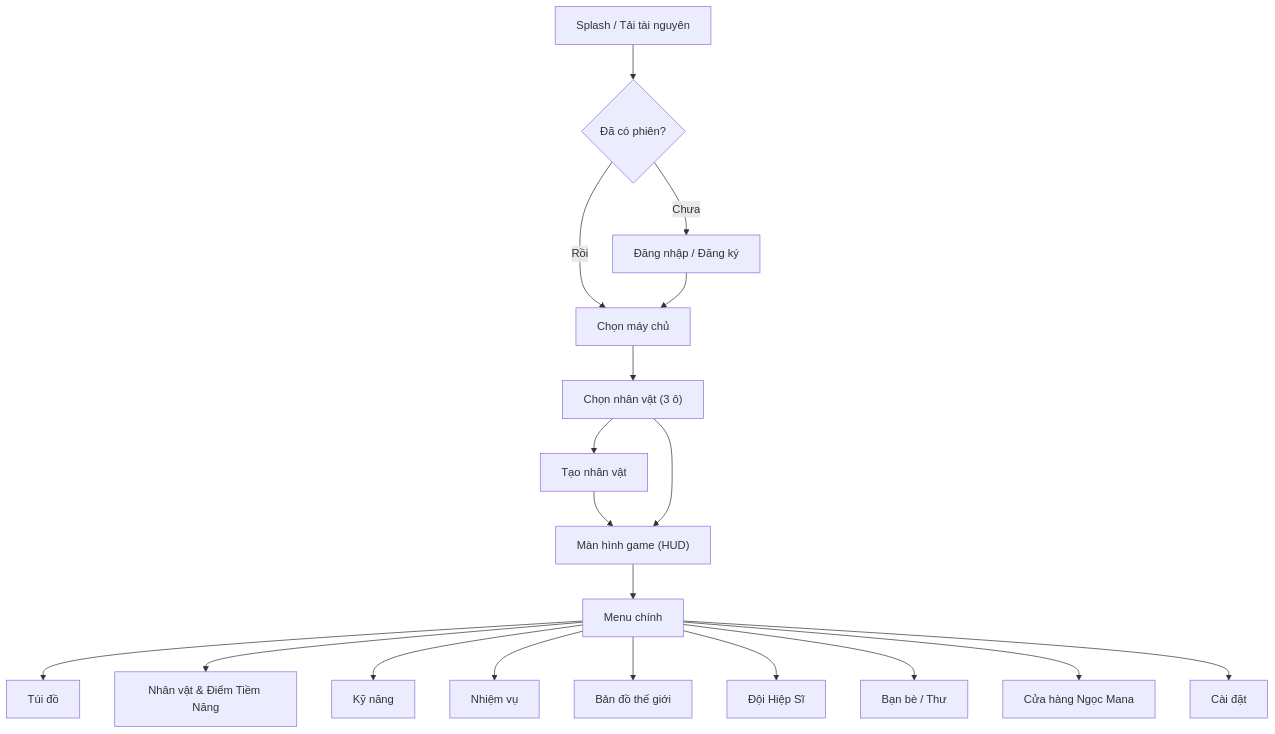
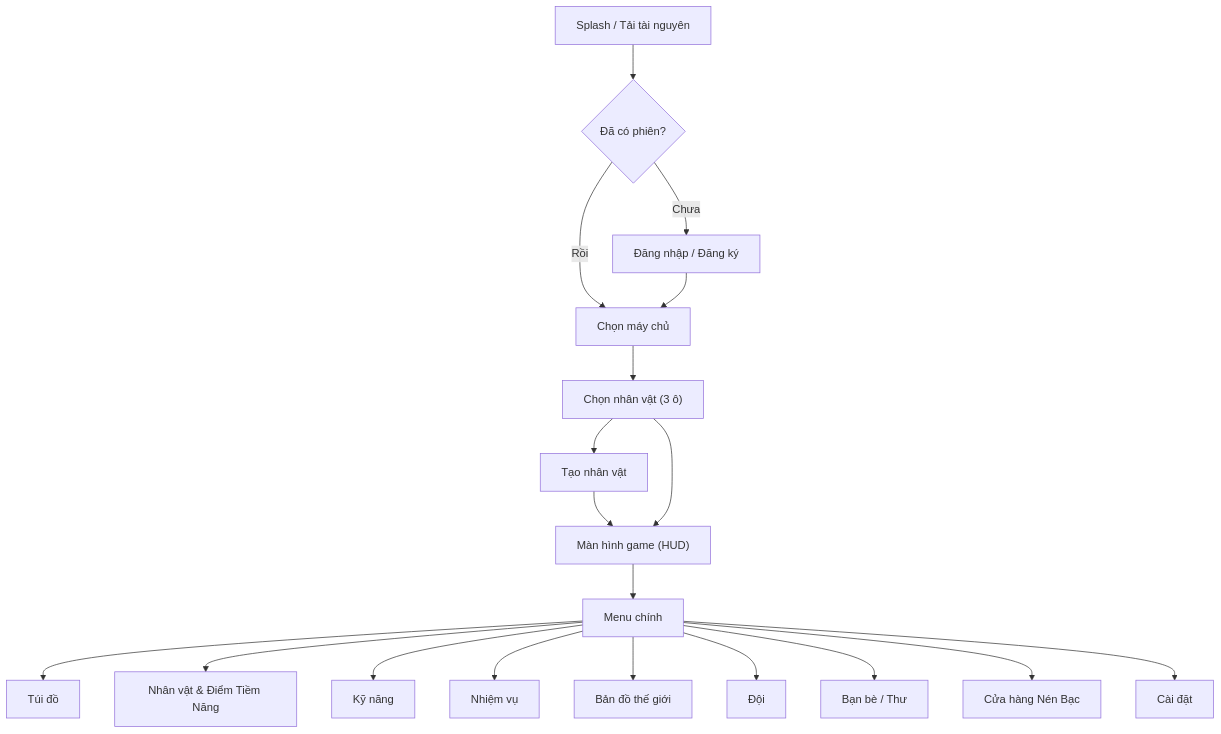
Before and after one commit to thehuygnouhk/game-2d: the diagram in docs/game-design/11-ui-ux-spec.md, drawn with Mermaid. The commit also changed other lines of this file and 35 other files, not shown here.

````diff
--- a/docs/game-design/11-ui-ux-spec.md
+++ b/docs/game-design/11-ui-ux-spec.md
@@ -15,21 +15,21 @@
 ```mermaid
 flowchart TD
     Splash["Splash / Tải tài nguyên"] --> Auth{"Đã có phiên?"}
     Auth -- "Chưa" --> Login["Đăng nhập / Đăng ký"]
     Auth -- "Rồi" --> Server["Chọn máy chủ"]
     Login --> Server
     Server --> CharSel["Chọn nhân vật (3 ô)"]
     CharSel --> CharNew["Tạo nhân vật"]
     CharNew --> Game
     CharSel --> Game["Màn hình game (HUD)"]
     Game --> Menu["Menu chính"]
     Menu --> Inv["Túi đồ"]
     Menu --> Char["Nhân vật & Điểm Tiềm Năng"]
     Menu --> Skill["Kỹ năng"]
     Menu --> Quest["Nhiệm vụ"]
     Menu --> Map["Bản đồ thế giới"]
-    Menu --> Squad["Đội Hiệp Sĩ"]
+    Menu --> Squad["Đội"]
     Menu --> Social["Bạn bè / Thư"]
-    Menu --> Shop["Cửa hàng Ngọc Mana"]
+    Menu --> Shop["Cửa hàng Nén Bạc"]
     Menu --> Settings["Cài đặt"]
 ```
````
